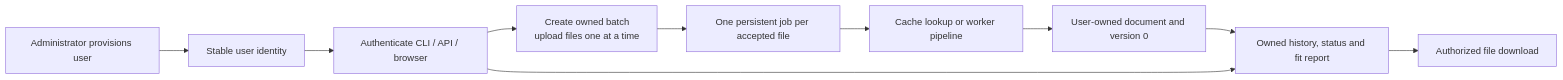
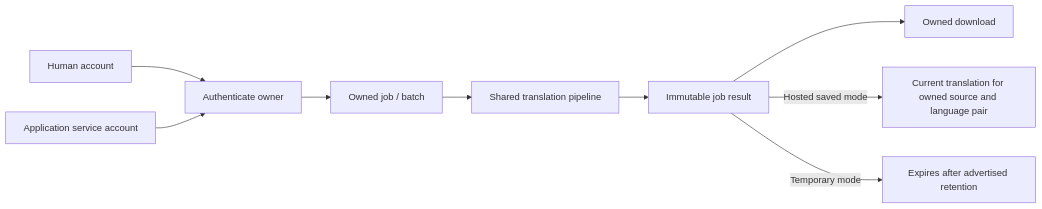
Before and after one commit to mlei06/document-translator: the fourth of 18 diagrams in docs/Architecture.md, drawn with Mermaid. The commit also changed other lines of this file and 19 other files, not shown here.

Commit message:
docs: define storage profiles and owned translation replacement

````diff
--- a/docs/Architecture.md
+++ b/docs/Architecture.md
@@ -165,12 +169,11 @@
 ```mermaid
 flowchart LR
-    ADMIN["Administrator provisions user"] --> USER["Stable user identity"]
-    USER --> AUTH["Authenticate CLI / API / browser"]
-    AUTH --> SUBMIT["Create owned batch<br/>upload files one at a time"]
-    SUBMIT --> JOBS["One persistent job per accepted file"]
-    JOBS --> PROCESS["Cache lookup or worker pipeline"]
-    PROCESS --> DOC["User-owned document and version 0"]
-    DOC --> HISTORY["Owned history, status and fit report"]
-    HISTORY --> GET["Authorized file download"]
-    AUTH --> HISTORY
+    H["Human account"] --> A["Authenticate owner"]
+    S["Application service account"] --> A
+    A --> J["Owned job / batch"]
+    J --> P["Shared translation pipeline"]
+    P --> R["Immutable job result"]
+    R --> D["Owned download"]
+    R -->|Hosted saved mode| C["Current translation for owned source and language pair"]
+    R -->|Temporary mode| E["Expires after advertised retention"]
 ```
````
